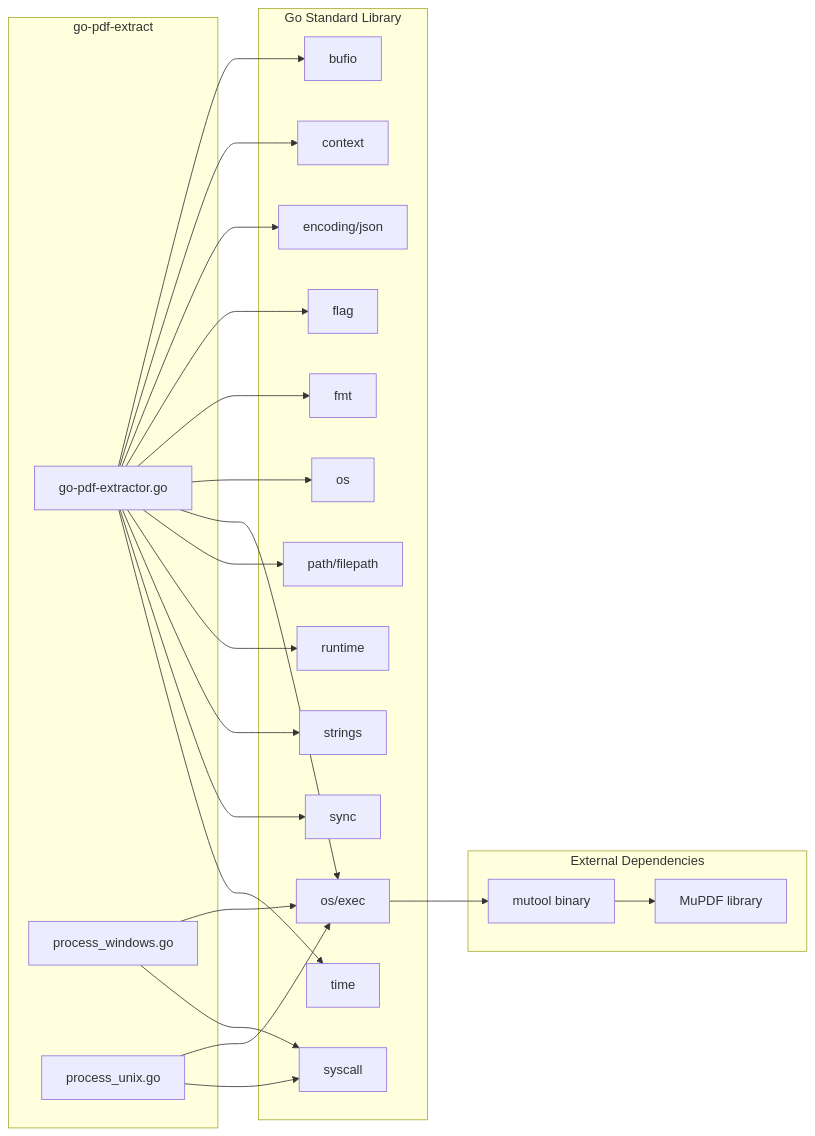
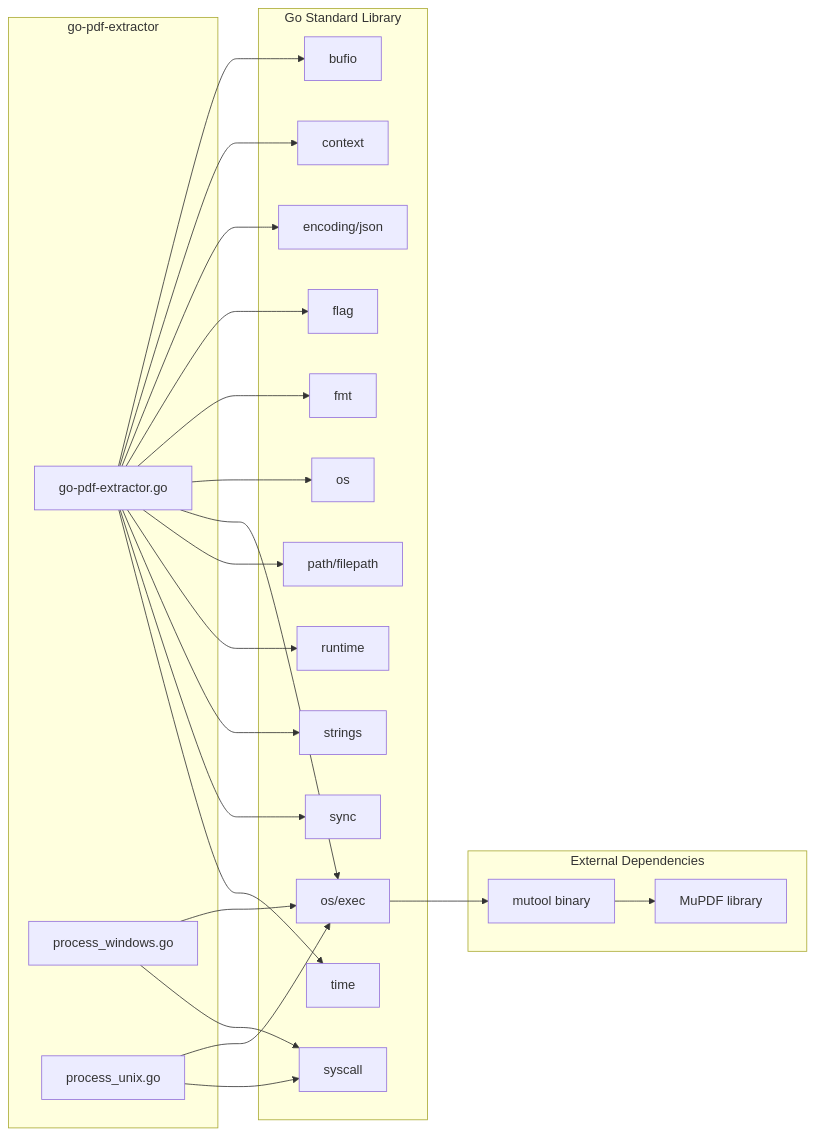
The sixth of 6 diagrams in ARCHITECTURE.md (edsilegxrepo/pdf-extractor), drawn with Mermaid before and after one commit. The commit also changed other lines of this file and 8 other files, not shown here.

````diff
--- a/ARCHITECTURE.md
+++ b/ARCHITECTURE.md
@@ -420,37 +420,37 @@
 ```mermaid
 flowchart LR
-    subgraph Application["go-pdf-extract"]
+    subgraph Application["go-pdf-extractor"]
         MAIN[go-pdf-extractor.go]
         PROC_WIN[process_windows.go]
         PROC_UNIX[process_unix.go]
     end
 
     subgraph GoStdLib["Go Standard Library"]
         BUFIO[bufio]
         CONTEXT[context]
         JSON[encoding/json]
         FLAG[flag]
         FMT[fmt]
         OS[os]
         EXEC[os/exec]
         FILEPATH[path/filepath]
         RUNTIME[runtime]
         STRINGS[strings]
         SYNC[sync]
         SYSCALL[syscall]
         TIME[time]
     end
 
     subgraph External["External Dependencies"]
         MUTOOL[mutool binary]
         MUPDF[MuPDF library]
     end
 
     MAIN --> BUFIO & CONTEXT & JSON & FLAG & FMT
     MAIN --> OS & EXEC & FILEPATH & RUNTIME
     MAIN --> STRINGS & SYNC & TIME
     PROC_WIN --> EXEC & SYSCALL
     PROC_UNIX --> EXEC & SYSCALL
     EXEC --> MUTOOL
     MUTOOL --> MUPDF
 ```
````
